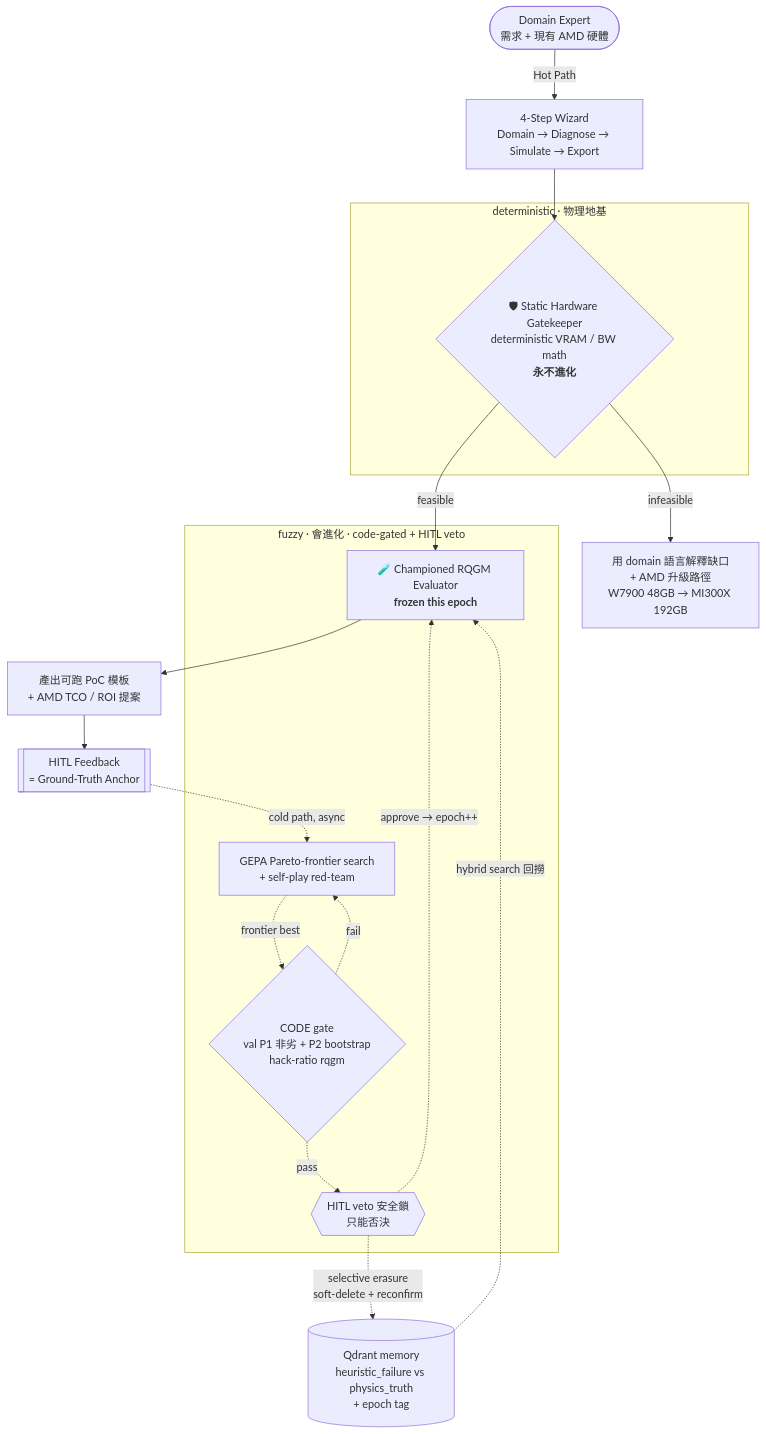
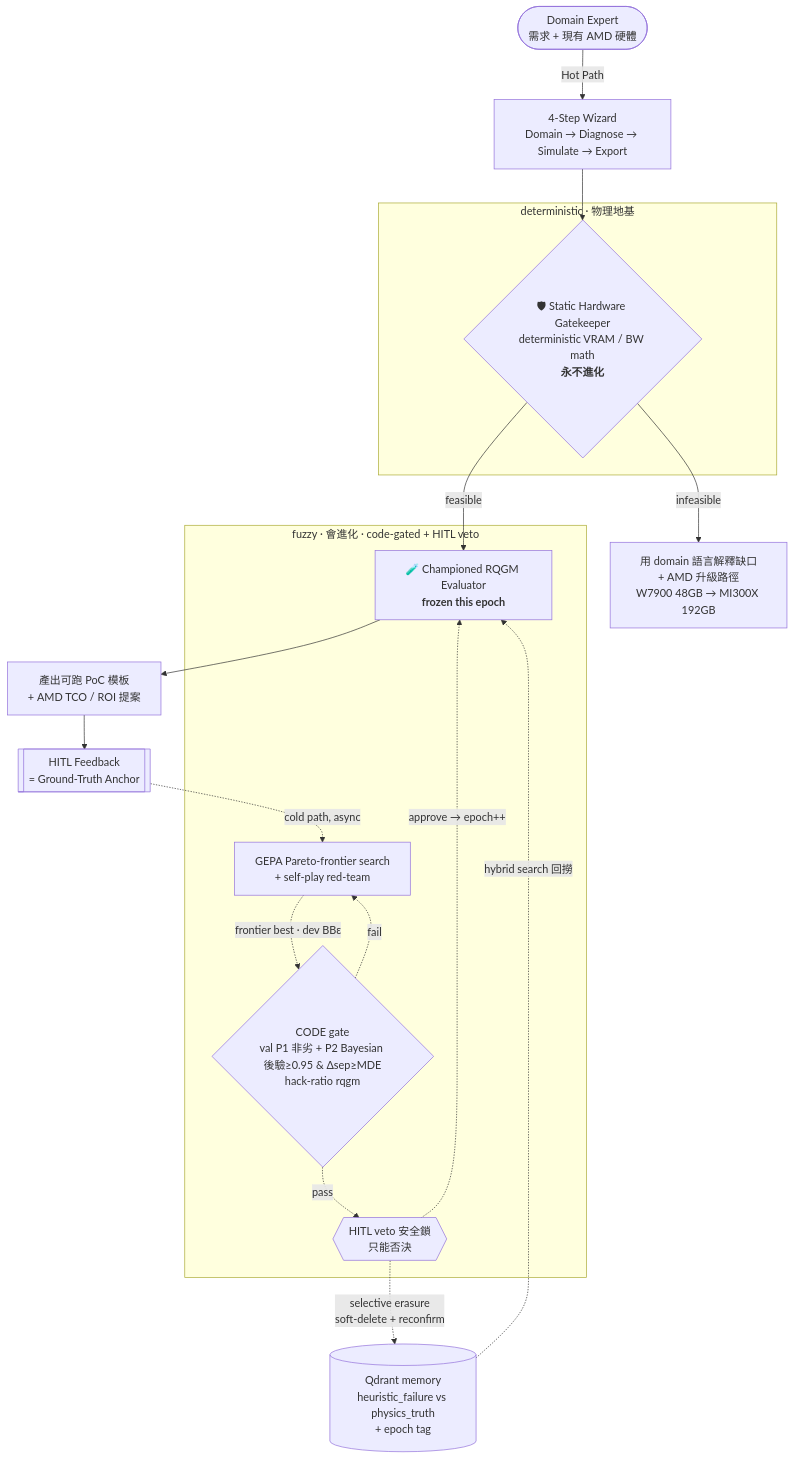
One commit to iiyyll01lin/yy-rqgm changed the diagram in README.md. Above: the diagram before and after it, drawn with Mermaid. The commit also changed other lines of this file and 6 other files, not shown here.

First line of the commit message:
docs: reconcile gate/report contract (Bayesian P2, 4-split, monitors)

````diff
--- a/README.md
+++ b/README.md
@@ -56,26 +56,26 @@
 ```mermaid
 flowchart TD
     User([Domain Expert<br/>需求 + 現有 AMD 硬體]) -->|Hot Path| Wizard[4-Step Wizard<br/>Domain → Diagnose → Simulate → Export]
     Wizard --> Gate{🛡 Static Hardware Gatekeeper<br/>deterministic VRAM / BW math<br/><b>永不進化</b>}
     Gate -->|infeasible| Upsell[用 domain 語言解釋缺口<br/>+ AMD 升級路徑<br/>W7900 48GB → MI300X 192GB]
     Gate -->|feasible| Judge[🧪 Championed RQGM Evaluator<br/><b>frozen this epoch</b>]
     Judge --> Export[產出可跑 PoC 模板<br/>+ AMD TCO / ROI 提案]
     Export --> Feedback[[HITL Feedback<br/>= Ground-Truth Anchor]]
     Feedback -. cold path, async .-> Loop[GEPA Pareto-frontier search<br/>+ self-play red-team]
-    Loop -. frontier best .-> CodeGate{CODE gate<br/>val P1 非劣 + P2 bootstrap<br/>hack-ratio rqgm}
+    Loop -. frontier best · dev BBε .-> CodeGate{CODE gate<br/>val P1 非劣 + P2 Bayesian 後驗≥0.95 & Δsep≥MDE<br/>hack-ratio rqgm}
     CodeGate -. fail .-> Loop
     CodeGate -. pass .-> EpochGate{{HITL veto 安全鎖<br/>只能否決}}
     EpochGate -. approve → epoch++ .-> Judge
     EpochGate -. selective erasure<br/>soft-delete + reconfirm .-> Mem[(Qdrant memory<br/>heuristic_failure vs physics_truth<br/>+ epoch tag)]
     Mem -. hybrid search 回撈 .-> Judge
 
     subgraph HARD[deterministic · 物理地基]
       Gate
     end
     subgraph SOFT[fuzzy · 會進化 · code-gated + HITL veto]
       Judge
       Loop
       CodeGate
       EpochGate
     end
 ```
````
